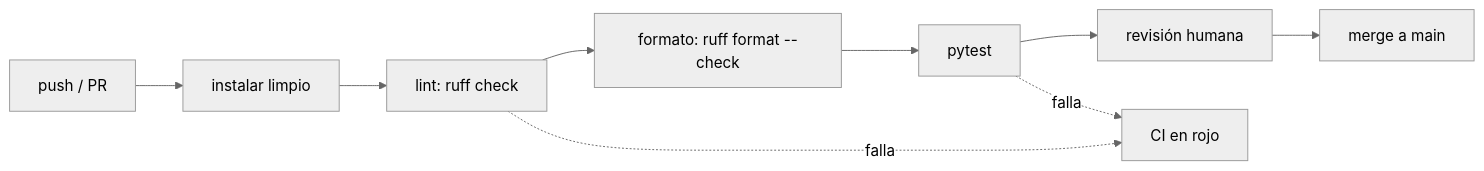
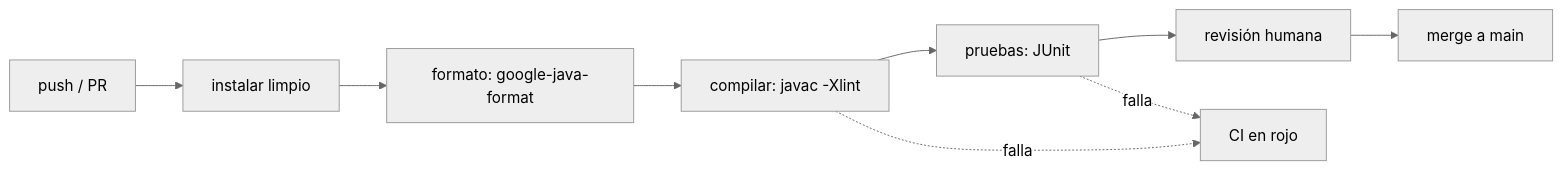
Before and after one commit to NICORUIZ93/The_Imperial_Book: the fourth of 4 diagrams in web/public/content/foundations/modulo-4.md, drawn with Mermaid (neutral theme). The commit also changed other lines of this file and 1 other file, not shown here.

First line of the commit message:
contenido(fundamentos): módulo 4 en Java 25

````diff
--- a/web/public/content/foundations/modulo-4.md
+++ b/web/public/content/foundations/modulo-4.md
@@ -1292,7 +1563,7 @@
 ```mermaid
 flowchart LR
-    PUSH["push / PR"] --> INSTALL["instalar limpio"] --> LINT["lint: ruff check"]
-    LINT --> FMT["formato: ruff format --check"] --> TEST["pytest"] --> REVIEW["revisión humana"] --> MERGE["merge a main"]
+    PUSH["push / PR"] --> INSTALL["instalar limpio"] --> FMT["formato: google-java-format"]
+    FMT --> LINT["compilar: javac -Xlint"] --> TEST["pruebas: JUnit"] --> REVIEW["revisión humana"] --> MERGE["merge a main"]
     LINT -. "falla" .-> STOP["CI en rojo"]
     TEST -. "falla" .-> STOP
 ```
````
